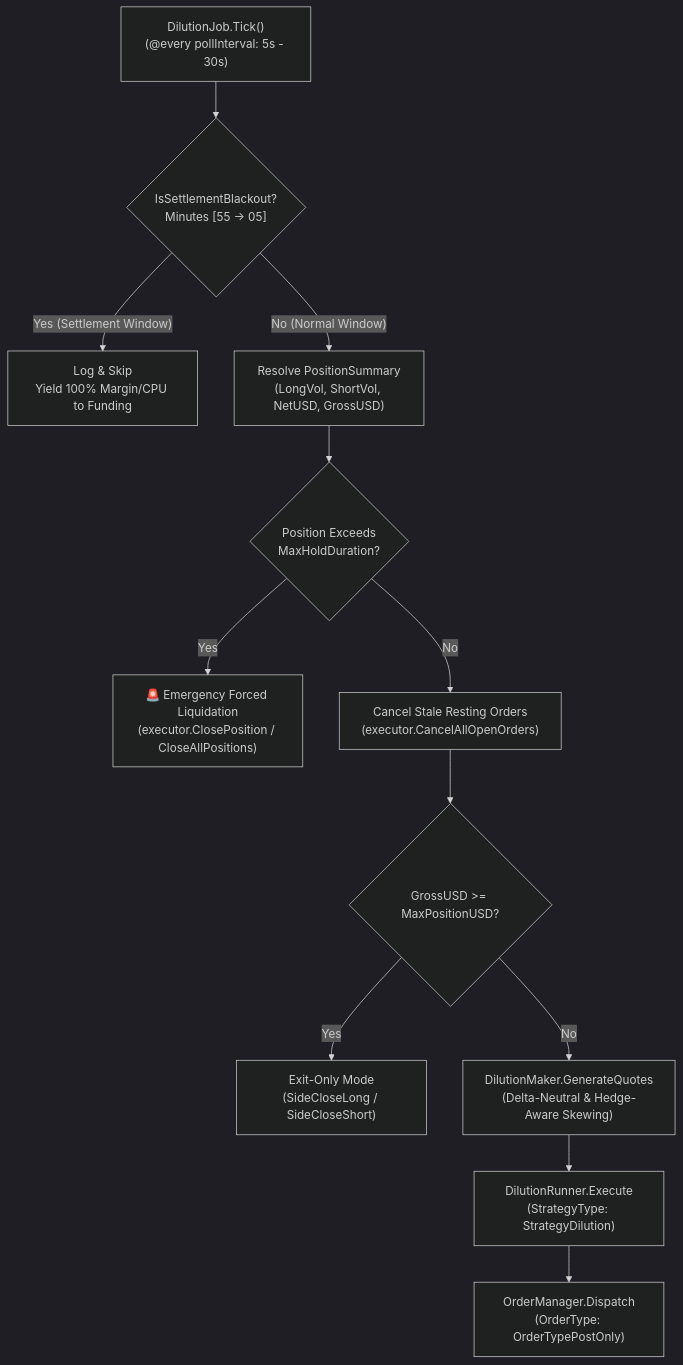
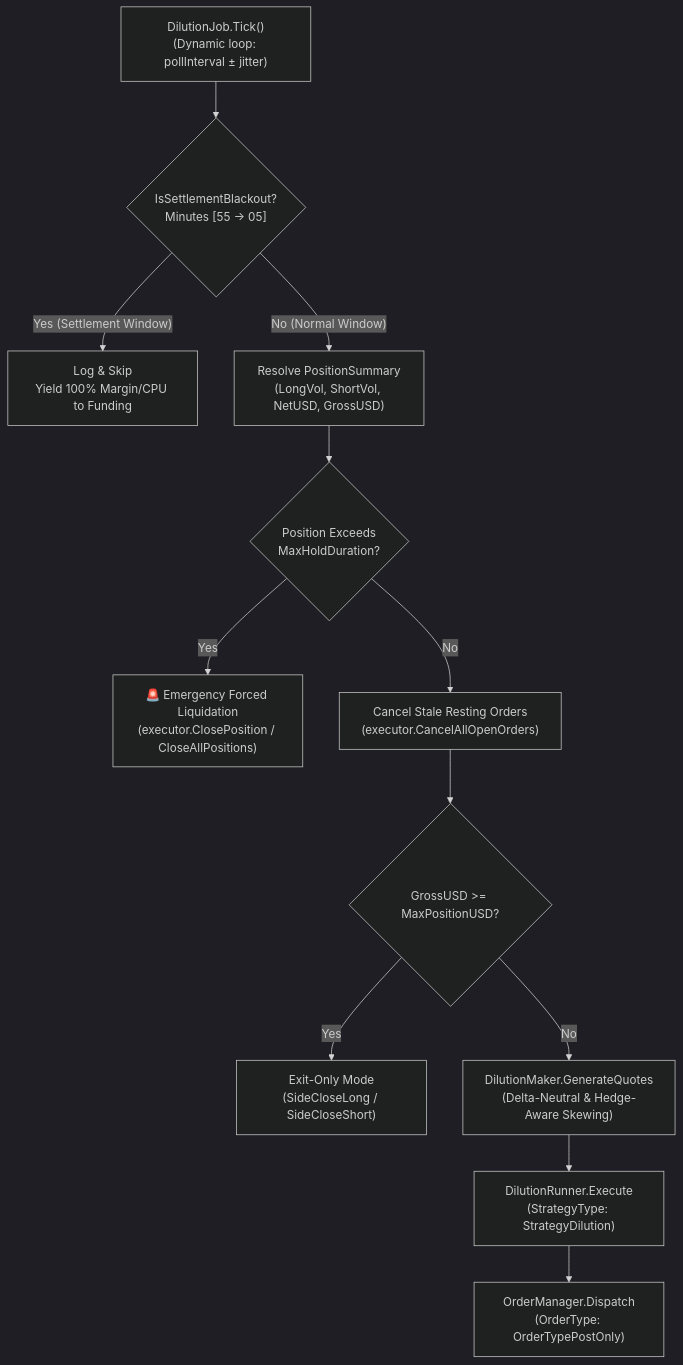
The diagram in docs/business/funding/dilution_flow.md (dangnmh/crypto-bot), drawn with Mermaid (dark theme) before and after one commit. The commit also changed other lines of this file and 12 other files, not shown here.

````diff
--- a/docs/business/funding/dilution_flow.md
+++ b/docs/business/funding/dilution_flow.md
@@ -27,18 +27,18 @@
 ```mermaid
 flowchart TD
-    TICK["DilutionJob.Tick()<br/>(@every pollInterval: 5s - 30s)"] --> CHECK_BO{"IsSettlementBlackout?<br/>Minutes [55 -> 05]"}
+    TICK["DilutionJob.Tick()<br/>(Dynamic loop: pollInterval ± jitter)"] --> CHECK_BO{"IsSettlementBlackout?<br/>Minutes [55 -> 05]"}
     
     CHECK_BO -- "Yes (Settlement Window)" --> SKIP["Log & Skip<br/>Yield 100% Margin/CPU to Funding"]
     CHECK_BO -- "No (Normal Window)" --> POS["Resolve PositionSummary<br/>(LongVol, ShortVol, NetUSD, GrossUSD)"]
     
     POS --> TIMEOUT_CHECK{"Position Exceeds<br/>MaxHoldDuration?"}
     TIMEOUT_CHECK -- "Yes" --> FORCE_CLOSE["🚨 Emergency Forced Liquidation<br/>(executor.ClosePosition / CloseAllPositions)"]
     TIMEOUT_CHECK -- "No" --> CANCEL_STALE["Cancel Stale Resting Orders<br/>(executor.CancelAllOpenOrders)"]
     
     CANCEL_STALE --> CEIL{"GrossUSD >= MaxPositionUSD?"}
     CEIL -- "Yes" --> SKEW_EXIT["Exit-Only Mode<br/>(SideCloseLong / SideCloseShort)"]
     CEIL -- "No" --> SKEW["DilutionMaker.GenerateQuotes<br/>(Delta-Neutral & Hedge-Aware Skewing)"]
     
     SKEW --> RUN["DilutionRunner.Execute<br/>(StrategyType: StrategyDilution)"]
     RUN --> OM["OrderManager.Dispatch<br/>(OrderType: OrderTypePostOnly)"]
 ```
````
